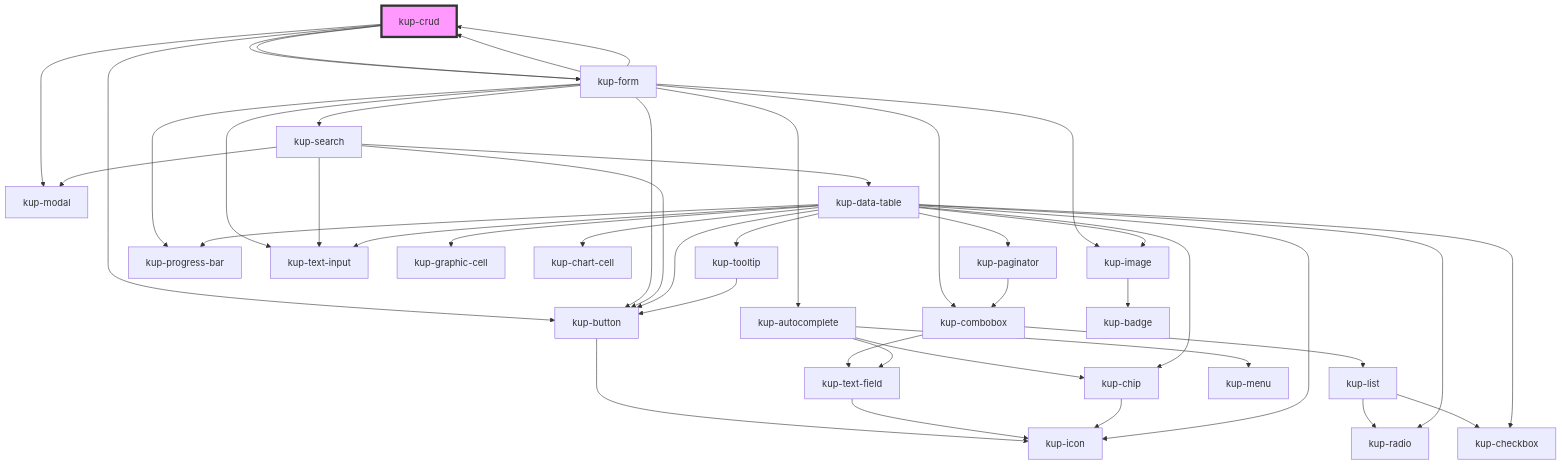
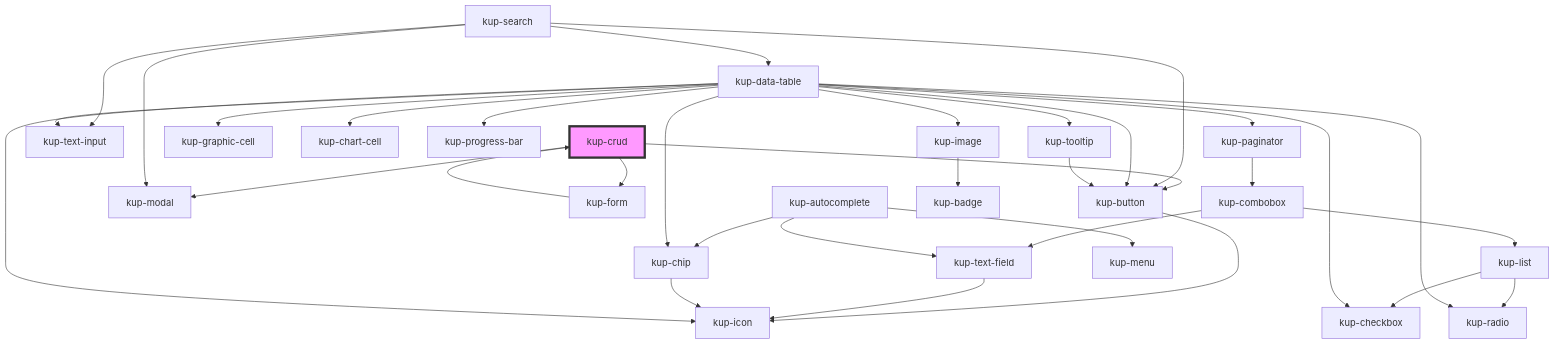
The diagram in packages/ketchup/src/components/kup-crud/readme.md (smeup/ketchup), drawn with Mermaid before and after one commit. The commit also changed other lines of this file and 14 other files, not shown here.

````diff
--- a/packages/ketchup/src/components/kup-crud/readme.md
+++ b/packages/ketchup/src/components/kup-crud/readme.md
@@ -81,46 +80,37 @@
 ```mermaid
 graph TD;
   kup-crud --> kup-button
   kup-crud --> kup-modal
   kup-crud --> kup-form
-  kup-crud --> kup-form
   kup-button --> kup-icon
-  kup-form --> kup-combobox
-  kup-form --> kup-crud
-  kup-form --> kup-autocomplete
-  kup-form --> kup-search
-  kup-form --> kup-image
-  kup-form --> kup-progress-bar
-  kup-form --> kup-text-input
-  kup-form --> kup-button
   kup-form --> kup-crud
   kup-combobox --> kup-text-field
   kup-combobox --> kup-list
   kup-text-field --> kup-icon
   kup-list --> kup-radio
   kup-list --> kup-checkbox
   kup-autocomplete --> kup-chip
   kup-autocomplete --> kup-text-field
   kup-autocomplete --> kup-menu
   kup-chip --> kup-icon
   kup-search --> kup-text-input
   kup-search --> kup-button
   kup-search --> kup-modal
   kup-search --> kup-data-table
   kup-data-table --> kup-checkbox
   kup-data-table --> kup-text-input
   kup-data-table --> kup-icon
   kup-data-table --> kup-image
   kup-data-table --> kup-button
   kup-data-table --> kup-graphic-cell
   kup-data-table --> kup-chart-cell
   kup-data-table --> kup-progress-bar
   kup-data-table --> kup-radio
   kup-data-table --> kup-tooltip
   kup-data-table --> kup-paginator
   kup-data-table --> kup-chip
   kup-image --> kup-badge
   kup-tooltip --> kup-button
   kup-paginator --> kup-combobox
   style kup-crud fill:#f9f,stroke:#333,stroke-width:4px
 ```
````
